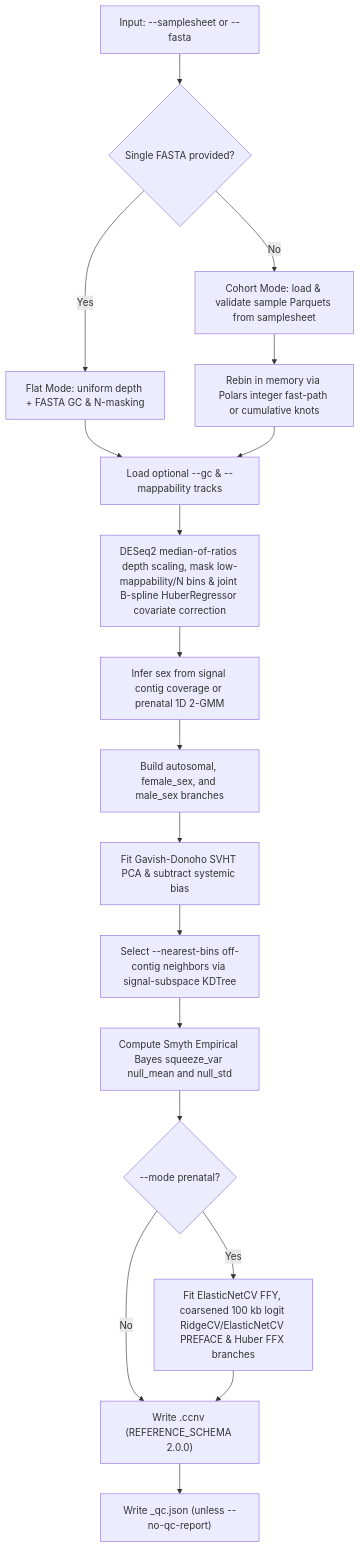
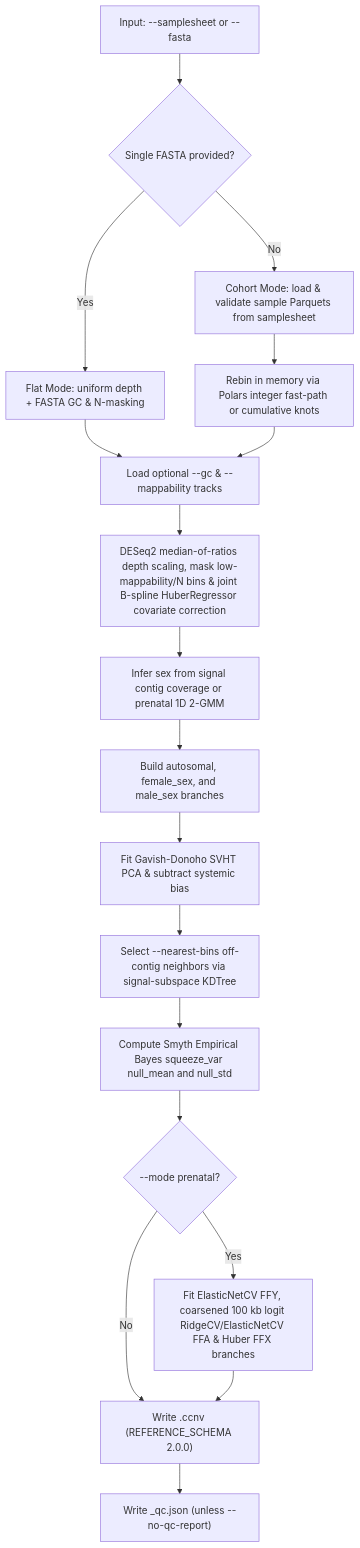
Before and after one commit to matthdsm/ccnv: the third of 4 diagrams in docs/pipeline.md, drawn with Mermaid. The commit also changed other lines of this file and 26 other files, not shown here.

Commit message:
refactor: rename PREFACE to FFA (fetal fraction autosomal)

````diff
--- a/docs/pipeline.md
+++ b/docs/pipeline.md
@@ -55,20 +55,20 @@
 ```mermaid
 flowchart TD
     InputArg["Input: --samplesheet or --fasta"] --> ModeDecision{"Single FASTA provided?"}
     ModeDecision -- Yes --> FlatMode["Flat Mode: uniform depth + FASTA GC & N-masking"]
     ModeDecision -- No --> CohortMode["Cohort Mode: load & validate sample Parquets from samplesheet"]
     CohortMode --> RebinCheck["Rebin in memory via Polars integer fast-path or cumulative knots"]
     FlatMode --> CovTrack["Load optional --gc & --mappability tracks"]
     RebinCheck --> CovTrack
     CovTrack --> DepthNorm["DESeq2 median-of-ratios depth scaling, mask low-mappability/N bins & joint B-spline HuberRegressor covariate correction"]
     DepthNorm --> SexInference["Infer sex from signal contig coverage or prenatal 1D 2-GMM"]
     SexInference --> BranchPartition["Build autosomal, female_sex, and male_sex branches"]
     BranchPartition --> FitPCA["Fit Gavish-Donoho SVHT PCA & subtract systemic bias"]
     FitPCA --> FitNearest["Select --nearest-bins off-contig neighbors via signal-subspace KDTree"]
     FitNearest --> FitNull["Compute Smyth Empirical Bayes squeeze_var null_mean and null_std"]
     FitNull --> PrenatalCheck{"--mode prenatal?"}
-    PrenatalCheck -- Yes --> FitPrenatal["Fit ElasticNetCV FFY, coarsened 100 kb logit RidgeCV/ElasticNetCV PREFACE & Huber FFX branches"]
+    PrenatalCheck -- Yes --> FitPrenatal["Fit ElasticNetCV FFY, coarsened 100 kb logit RidgeCV/ElasticNetCV FFA & Huber FFX branches"]
     PrenatalCheck -- No --> WriteRef["Write <prefix>.ccnv (REFERENCE_SCHEMA 2.0.0)"]
     FitPrenatal --> WriteRef
     WriteRef --> WriteQC["Write <prefix>_qc.json (unless --no-qc-report)"]
 ```
````
